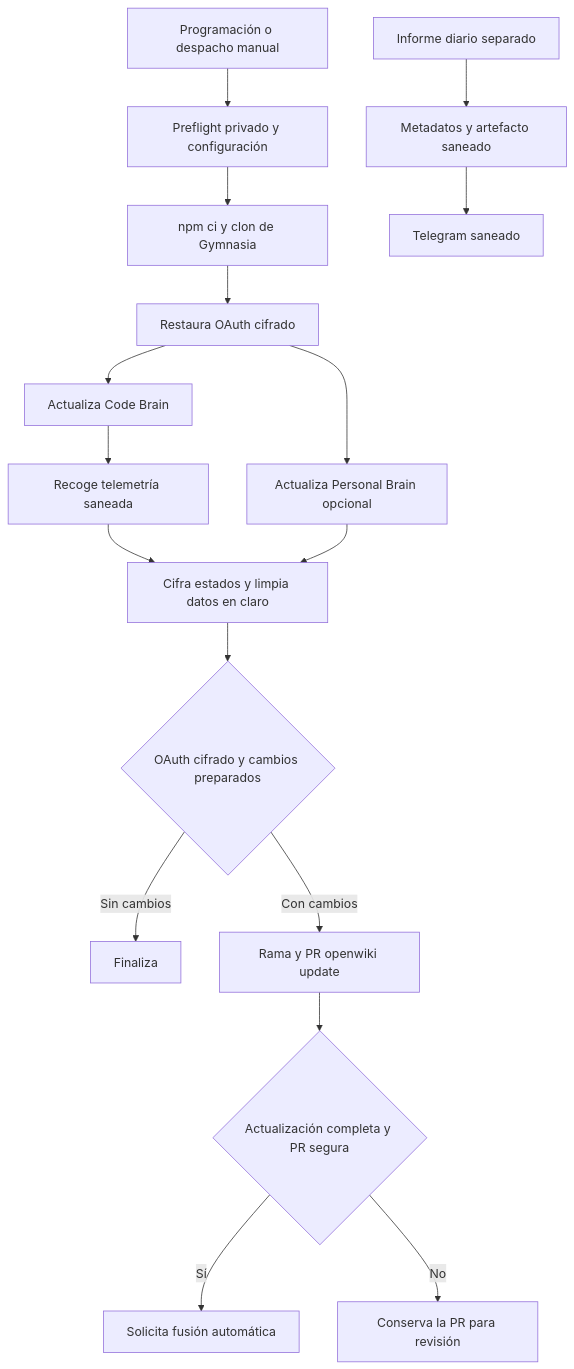
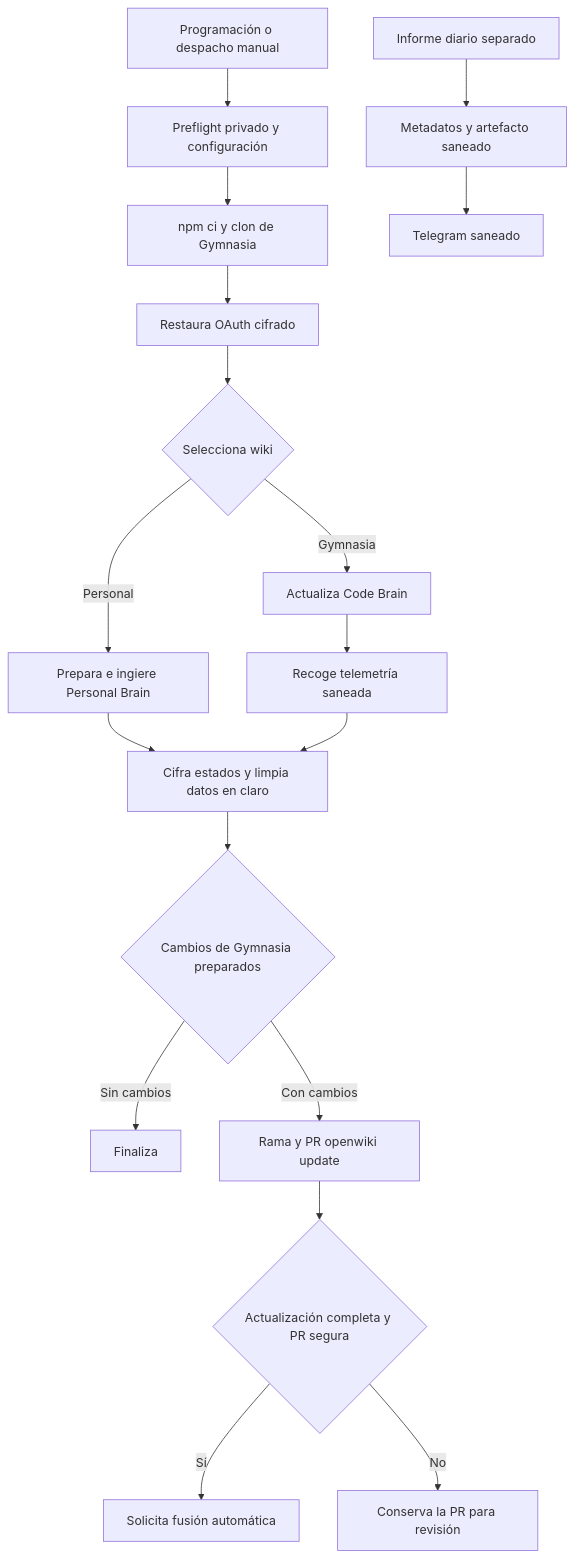
The diagram in openwiki/operations/openwiki-automation.md (maximofn/gymnasia), drawn with Mermaid before and after one commit. The commit also changed other lines of this file and 19 other files, not shown here.

````diff
--- a/openwiki/operations/openwiki-automation.md
+++ b/openwiki/operations/openwiki-automation.md
@@ -53,19 +57,20 @@
 ```mermaid
 flowchart TD
     Trigger["Programación o despacho manual"] --> Guard["Preflight privado y configuración"]
     Guard --> Install["npm ci y clon de Gymnasia"]
     Install --> OAuthRestore["Restaura OAuth cifrado"]
-    OAuthRestore --> Code["Actualiza Code Brain"]
-    OAuthRestore --> Personal["Actualiza Personal Brain opcional"]
+    OAuthRestore --> Select{"Selecciona wiki"}
+    Select -->|"Gymnasia"| Code["Actualiza Code Brain"]
+    Select -->|"Personal"| Personal["Prepara e ingiere Personal Brain"]
     Code --> Telemetry["Recoge telemetría saneada"]
-    Telemetry --> Encrypt["Cifra estados y limpia datos en claro"]
-    Personal --> Encrypt
-    Encrypt --> Publish{"OAuth cifrado y cambios preparados"}
+    Personal --> Encrypt["Cifra estados y limpia datos en claro"]
+    Telemetry --> Encrypt
+    Encrypt --> Publish{"Cambios de Gymnasia preparados"}
     Publish -->|"Sin cambios"| Finish["Finaliza"]
     Publish -->|"Con cambios"| PR["Rama y PR openwiki update"]
     PR --> Complete{"Actualización completa y PR segura"}
     Complete -->|"Sí"| Merge["Solicita fusión automática"]
     Complete -->|"No"| Partial["Conserva la PR para revisión"]
     Report["Informe diario separado"] --> Metadata["Metadatos y artefacto saneado"]
     Metadata --> Telegram["Telegram saneado"]
 ```
````
